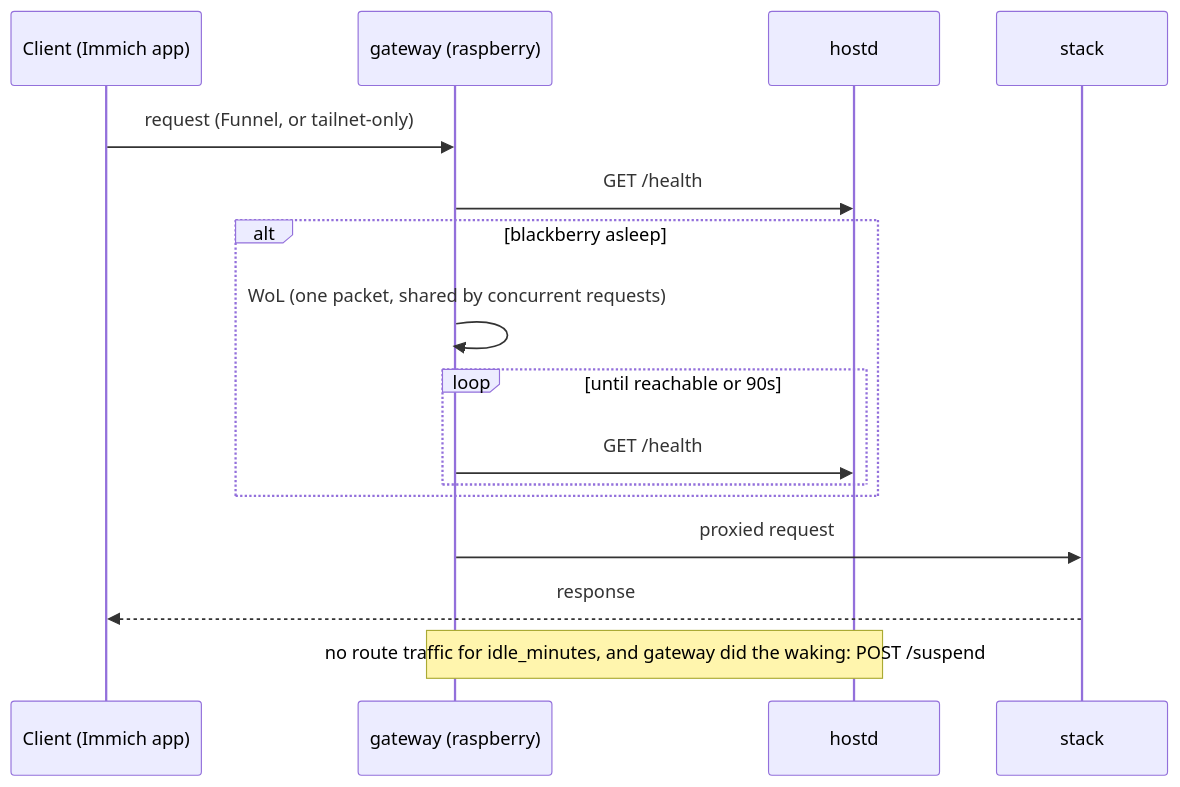
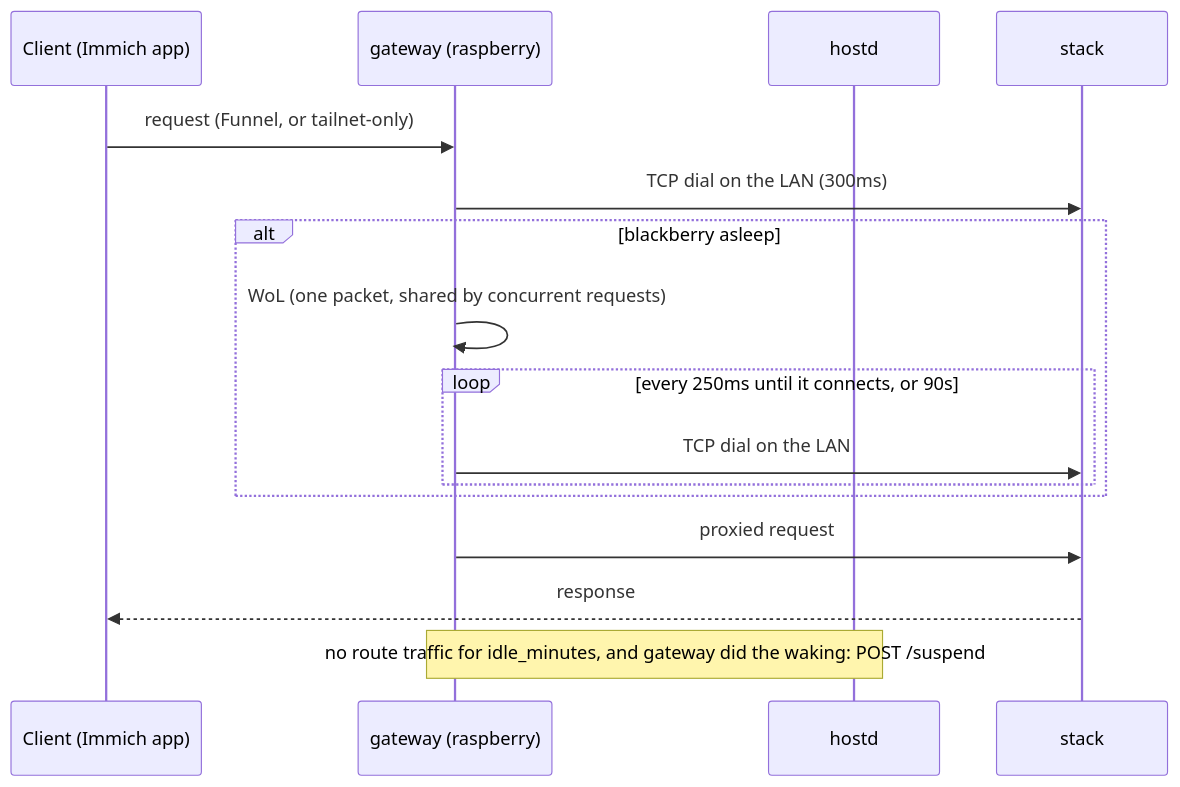
The second of 2 diagrams in DESIGN.md (nikbogman/cloudberry), drawn with Mermaid before and after one commit. The commit also changed other lines of this file and 8 other files, not shown here.

````diff
--- a/DESIGN.md
+++ b/DESIGN.md
@@ -35,19 +35,19 @@
 ```mermaid
 sequenceDiagram
     participant C as Client (Immich app)
     participant G as gateway (raspberry)
     participant H as hostd
     participant S as stack
 
     C->>G: request (Funnel, or tailnet-only)
-    G->>H: GET /health
+    G->>S: TCP dial on the LAN (300ms)
     alt blackberry asleep
         G->>G: WoL (one packet, shared by concurrent requests)
-        loop until reachable or 90s
-            G->>H: GET /health
+        loop every 250ms until it connects, or 90s
+            G->>S: TCP dial on the LAN
         end
     end
     G->>S: proxied request
     S-->>C: response
     Note over G,H: no route traffic for idle_minutes, and gateway did the waking: POST /suspend
 ```
````
